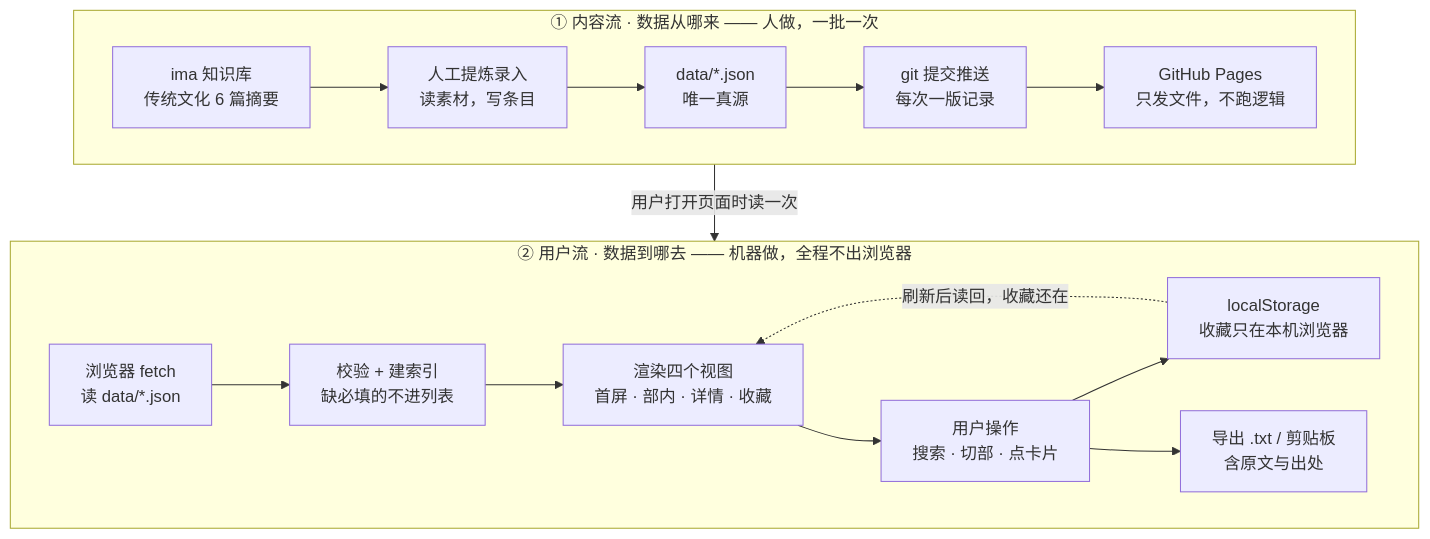
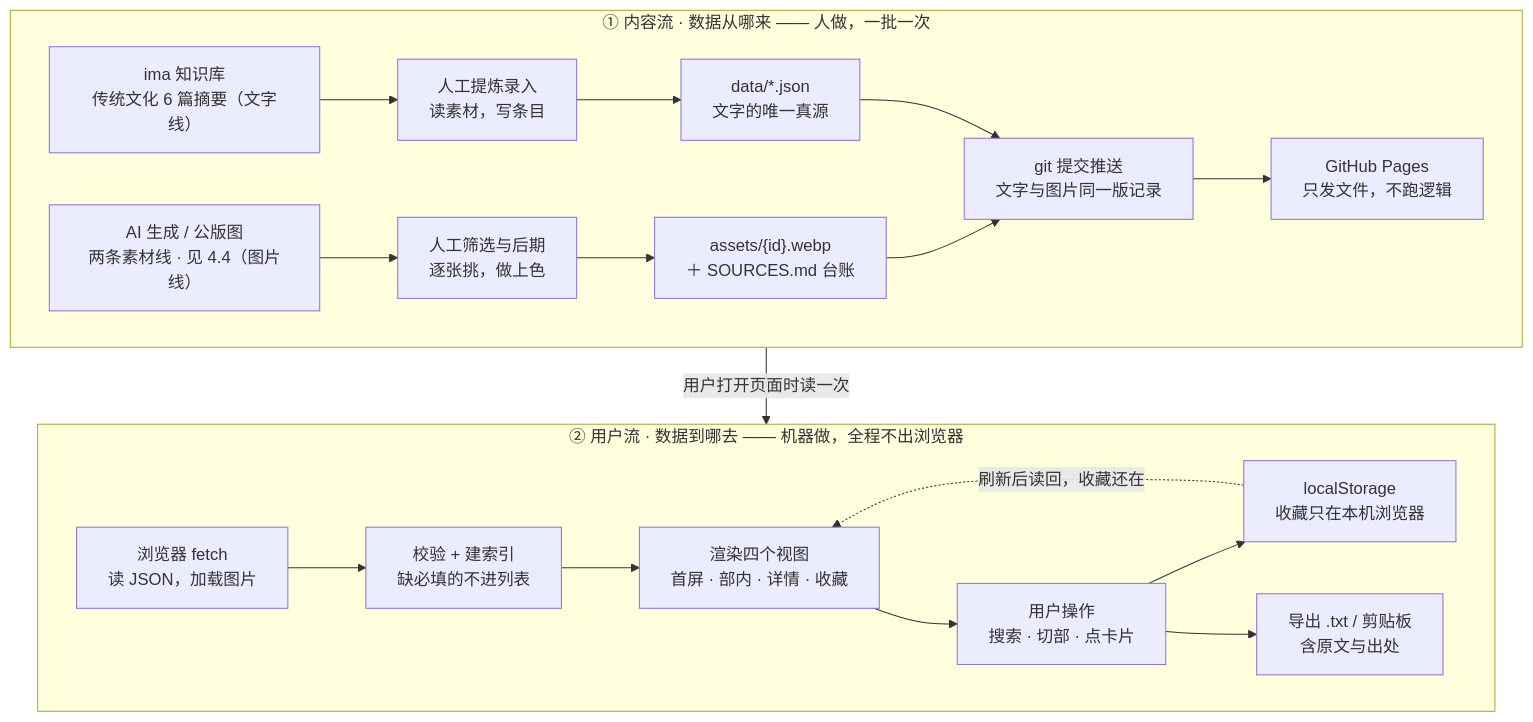
The diagram in TECH_DESIGN.md (Simple-superhero-678/vibe-coding-100), drawn with Mermaid before and after one commit. The commit also changed other lines of this file and 1 other file, not shown here.

First line of the commit message:
Day 5 追加 2｜数据流图补上图片线，文档同步 v1.2

````diff
--- a/TECH_DESIGN.md
+++ b/TECH_DESIGN.md
@@ -488,22 +488,27 @@
 ```mermaid
 flowchart TB
     subgraph L1["① 内容流 · 数据从哪来 —— 人做，一批一次"]
         direction LR
-        A1["ima 知识库<br/>传统文化 6 篇摘要"] --> A2["人工提炼录入<br/>读素材，写条目"]
-        A2 --> A3["data/*.json<br/>唯一真源"]
-        A3 --> A4["git 提交推送<br/>每次一版记录"]
+        A1["ima 知识库<br/>传统文化 6 篇摘要（文字线）"] --> A2["人工提炼录入<br/>读素材，写条目"]
+        A2 --> A3["data/*.json<br/>文字的唯一真源"]
+
+        C1["AI 生成 / 公版图<br/>两条素材线 · 见 4.4（图片线）"] --> C2["人工筛选与后期<br/>逐张挑，做上色"]
+        C2 --> C3["assets/{id}.webp<br/>＋ SOURCES.md 台账"]
+
+        A3 --> A4["git 提交推送<br/>文字与图片同一版记录"]
+        C3 --> A4
         A4 --> A5["GitHub Pages<br/>只发文件，不跑逻辑"]
     end
 
     subgraph L2["② 用户流 · 数据到哪去 —— 机器做，全程不出浏览器"]
         direction LR
-        B1["浏览器 fetch<br/>读 data/*.json"] --> B2["校验 + 建索引<br/>缺必填的不进列表"]
+        B1["浏览器 fetch<br/>读 JSON，加载图片"] --> B2["校验 + 建索引<br/>缺必填的不进列表"]
         B2 --> B3["渲染四个视图<br/>首屏 · 部内 · 详情 · 收藏"]
         B3 --> B4["用户操作<br/>搜索 · 切部 · 点卡片"]
         B4 --> B5["localStorage<br/>收藏只在本机浏览器"]
         B5 -. "刷新后读回，收藏还在" .-> B3
         B4 --> B6["导出 .txt / 剪贴板<br/>含原文与出处"]
     end
 
     A5 -->|"用户打开页面时读一次"| B1
 ```
````
